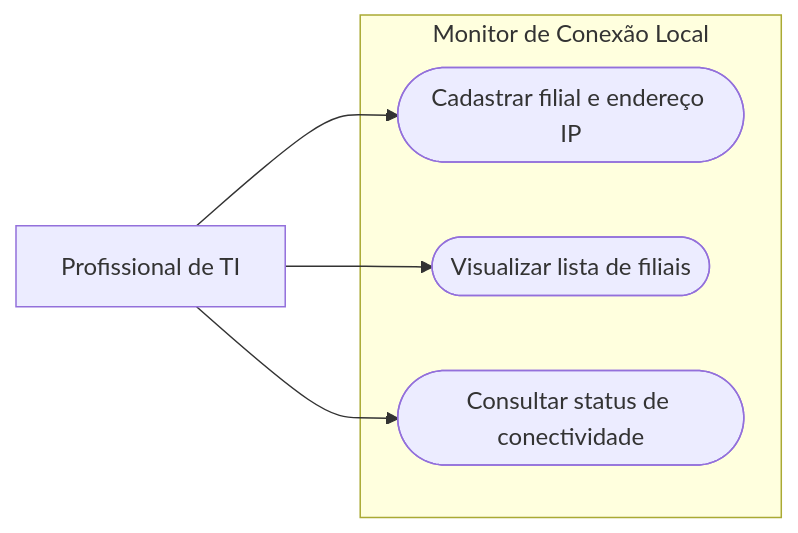
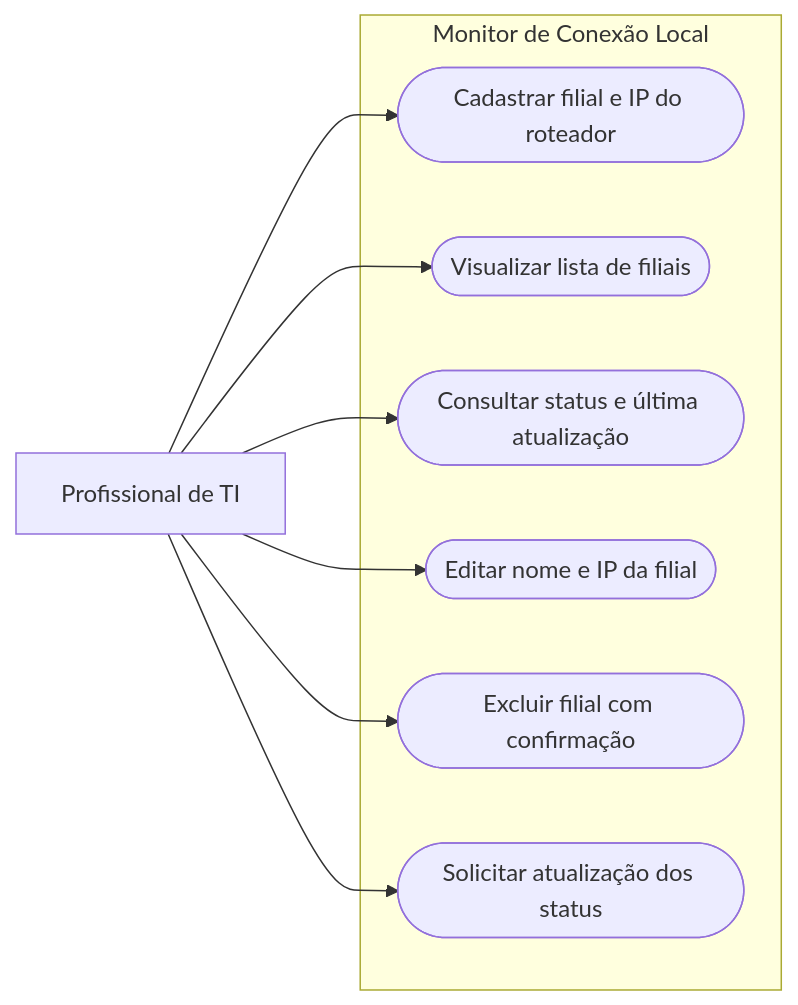
Before and after one commit to PedroKovatch/monitor-ping-conexao-local: the diagram in docs/diagramas/caso-de-uso.md, drawn with Mermaid. The commit also changed other lines of this file and 12 other files, not shown here.

````diff
--- a/docs/diagramas/caso-de-uso.md
+++ b/docs/diagramas/caso-de-uso.md
@@ -7,14 +5,20 @@
 ```mermaid
 flowchart LR
     TI["Profissional de TI"]
 
     subgraph Sistema["Monitor de Conexão Local"]
-        UC1(["Cadastrar filial e endereço IP"])
+        UC1(["Cadastrar filial e IP do roteador"])
         UC2(["Visualizar lista de filiais"])
-        UC3(["Consultar status de conectividade"])
+        UC3(["Consultar status e última atualização"])
+        UC4(["Editar nome e IP da filial"])
+        UC5(["Excluir filial com confirmação"])
+        UC6(["Solicitar atualização dos status"])
     end
 
     TI --> UC1
     TI --> UC2
     TI --> UC3
+    TI --> UC4
+    TI --> UC5
+    TI --> UC6
 ```
````
